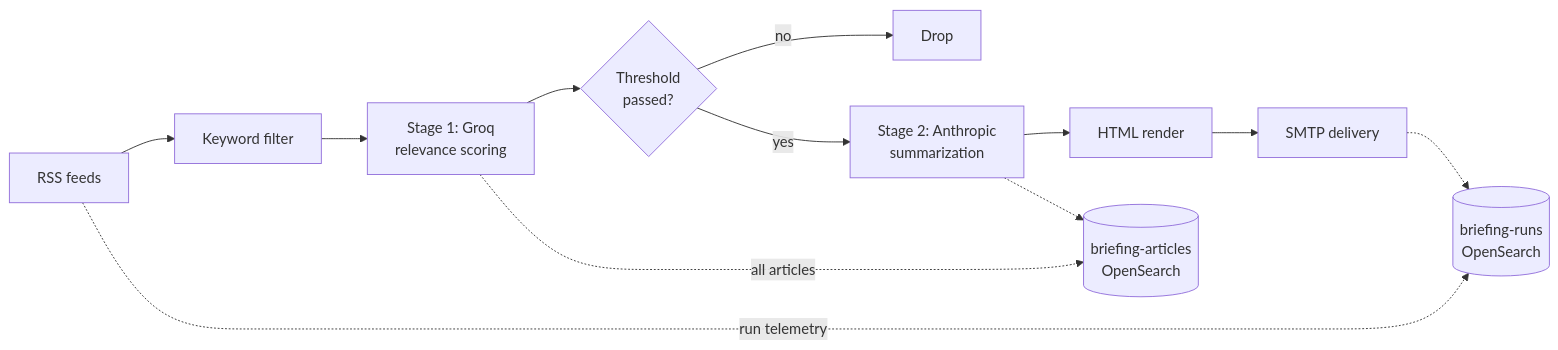
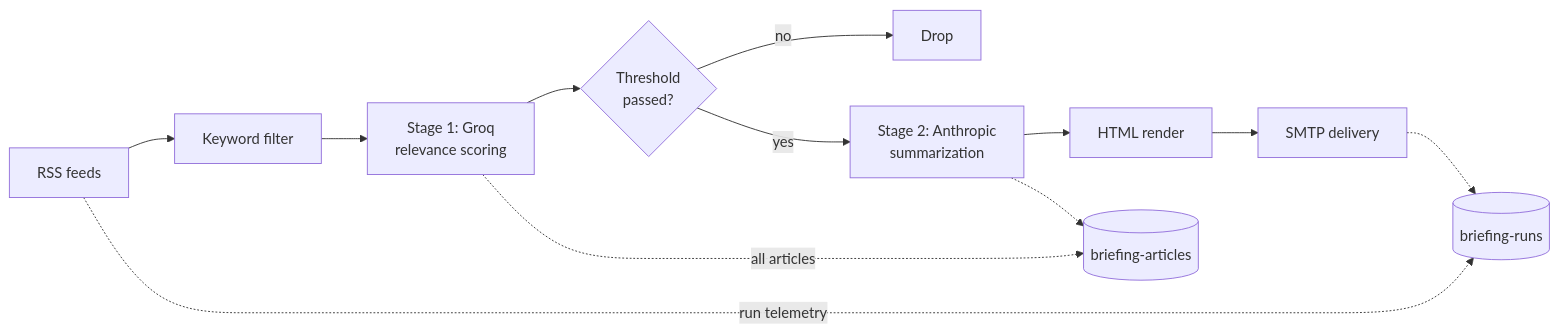
Before and after one commit to The-Dev-Spot/smart-briefing-pipeline: the diagram in README.md, drawn with Mermaid. The commit also changed other lines of this file and 1 other file, not shown here.

````diff
--- a/README.md
+++ b/README.md
@@ -79,14 +43,14 @@
 ```mermaid
 flowchart LR
     A[RSS feeds] --> B[Keyword filter]
     B --> C[Stage 1: Groq<br/>relevance scoring]
     C --> D{Threshold<br/>passed?}
     D -->|no| Z[Drop]
     D -->|yes| E[Stage 2: Anthropic<br/>summarization]
     E --> F[HTML render]
     F --> G[SMTP delivery]
-    C -.->|all articles| H[(briefing-articles<br/>OpenSearch)]
+    C -.->|all articles| H[(briefing-articles)]
     E -.-> H
-    A -.->|run telemetry| I[(briefing-runs<br/>OpenSearch)]
+    A -.->|run telemetry| I[(briefing-runs)]
     G -.-> I
 ```
````
